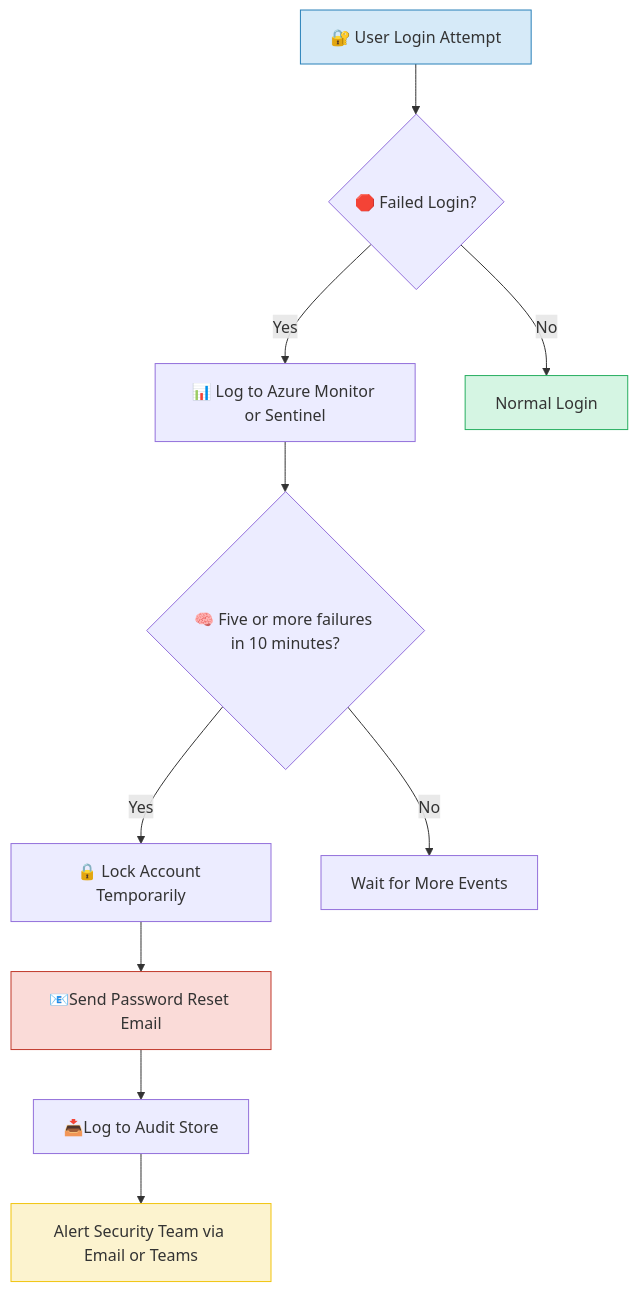
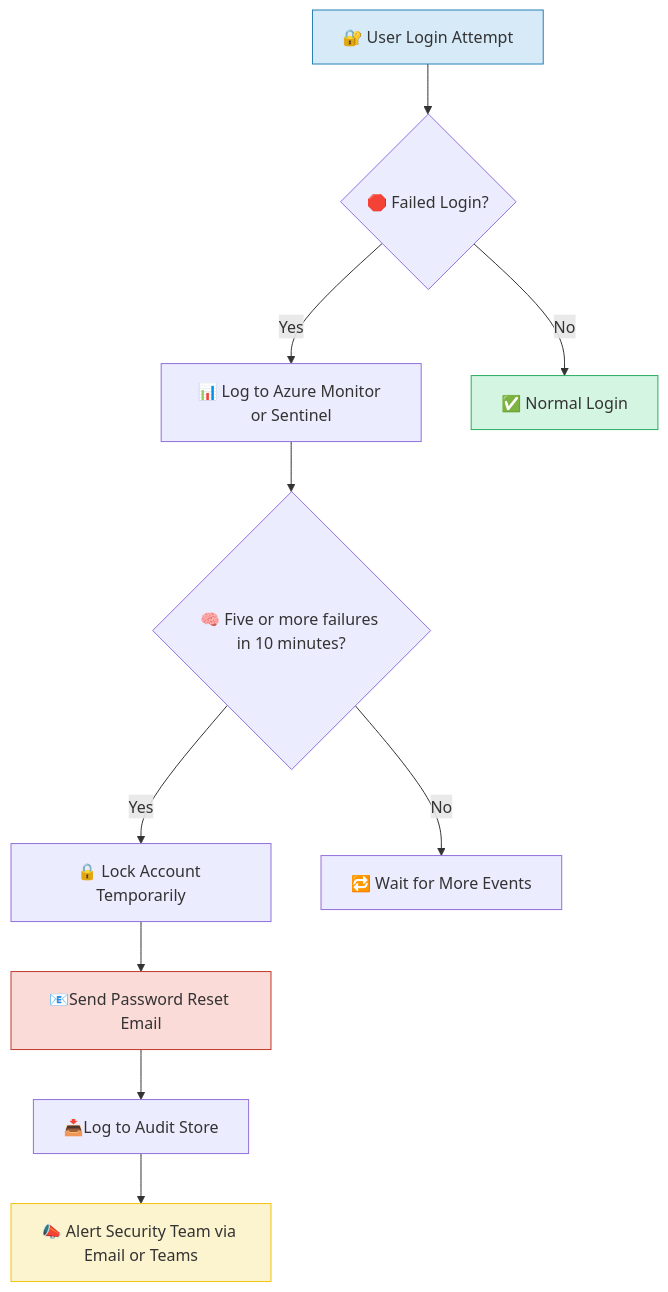
One commit to ImanelSakaan/CST8917-Final-Oral-Exam-Overview changed the diagram in cst8919.md. Above: the diagram before and after it, drawn with Mermaid.

````diff
--- a/cst8919.md
+++ b/cst8919.md
@@ -23,18 +23,18 @@
 ```mermaid
 flowchart TD
   A[🔐 User Login Attempt] --> B{🛑 Failed Login?}
   B -- Yes --> C[ 📊 Log to Azure Monitor or Sentinel]
   C --> D{ 🧠 Five or more failures in 10 minutes?}
   D -- Yes --> E[🔒 Lock Account Temporarily]
   E --> F[📧Send Password Reset Email]
   F --> G[📥Log to Audit Store]
-  G --> H[Alert Security Team via Email or Teams]
-  D -- No --> Z[Wait for More Events]
-  B -- No --> Y[Normal Login]
+  G --> H[📣 Alert Security Team via Email or Teams]
+  D -- No --> Z[🔁 Wait for More Events]
+  B -- No --> Y[✅ Normal Login]
 
   style A fill:#D6EAF8,stroke:#2980B9
   style F fill:#FADBD8,stroke:#C0392B
   style H fill:#FCF3CF,stroke:#F1C40F
   style Y fill:#D5F5E3,stroke:#27AE60
 
 ```
````
